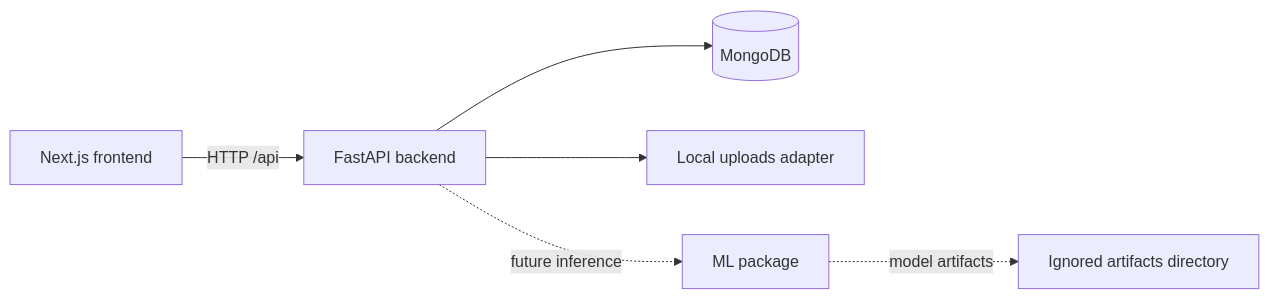
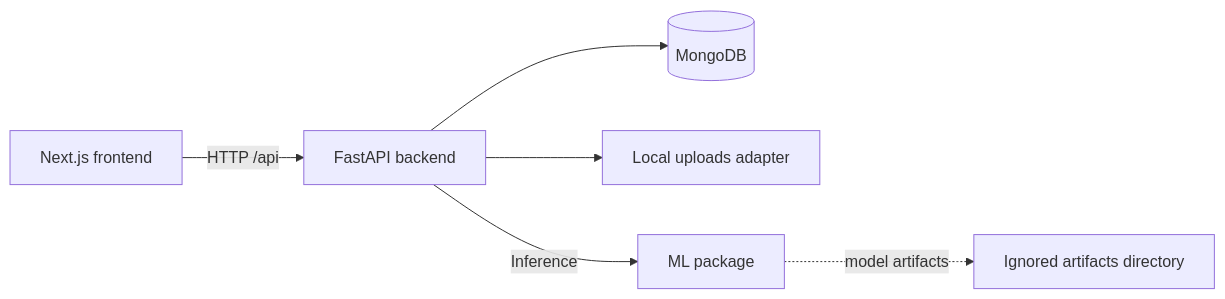
Before and after one commit to bhargavi360/Wardrobe-Outifit-Planner: the diagram in README.md, drawn with Mermaid. The commit also changed other lines of this file and 71 other files, not shown here.

````diff
--- a/README.md
+++ b/README.md
@@ -27,8 +27,8 @@
 ```mermaid
 flowchart LR
     Browser[Next.js frontend] -->|HTTP /api| API[FastAPI backend]
     API --> Mongo[(MongoDB)]
     API --> Uploads[Local uploads adapter]
-    API -. future inference .-> ML[ML package]
+    API -->|Inference| ML[ML package]
     ML -. model artifacts .-> Weights[Ignored artifacts directory]
 ```
````
